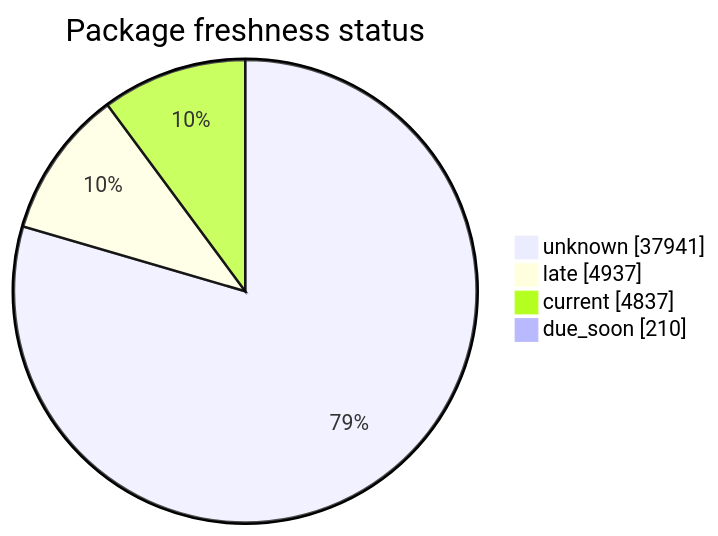
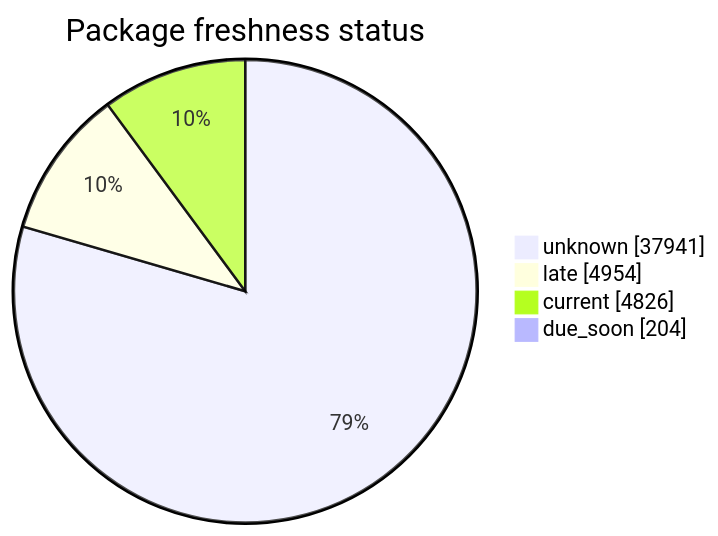
The second of 5 diagrams in FreshCheck/README.md (open-data/analytics-corporate-reporting), drawn with Mermaid before and after one commit. The commit also changed other lines of this file and 3 other files, not shown here.

````diff
--- a/FreshCheck/README.md
+++ b/FreshCheck/README.md
@@ -68,7 +68,7 @@
 ```mermaid
 pie showData title Package freshness status
     "unknown": 37941
-    "late": 4937
-    "current": 4837
-    "due_soon": 210
+    "late": 4954
+    "current": 4826
+    "due_soon": 204
 ```
````
